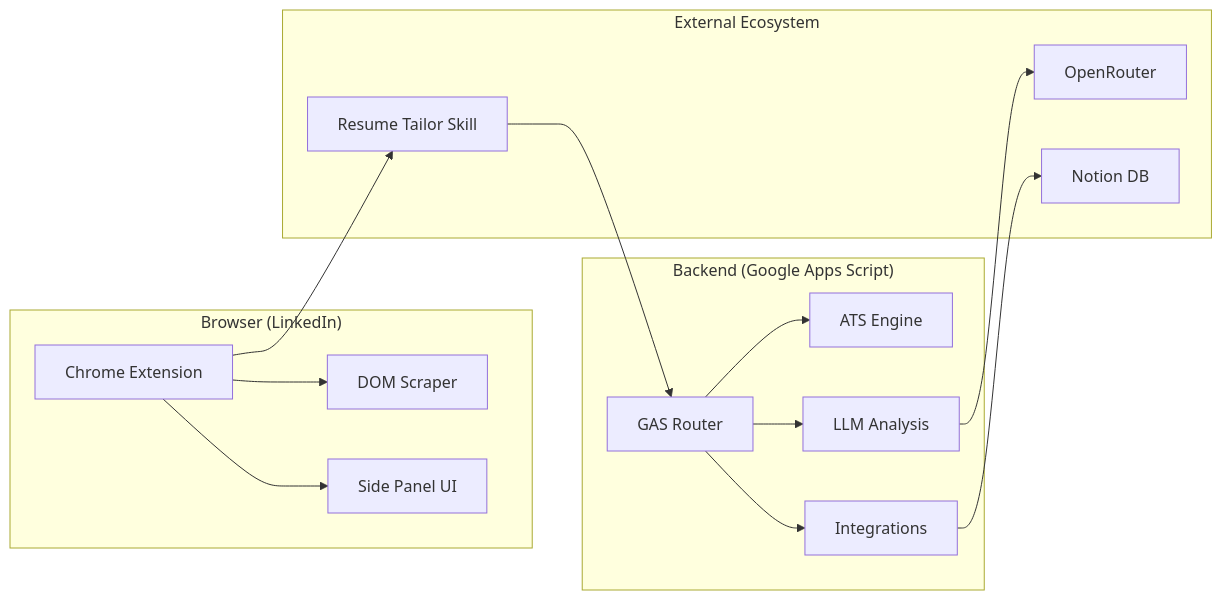
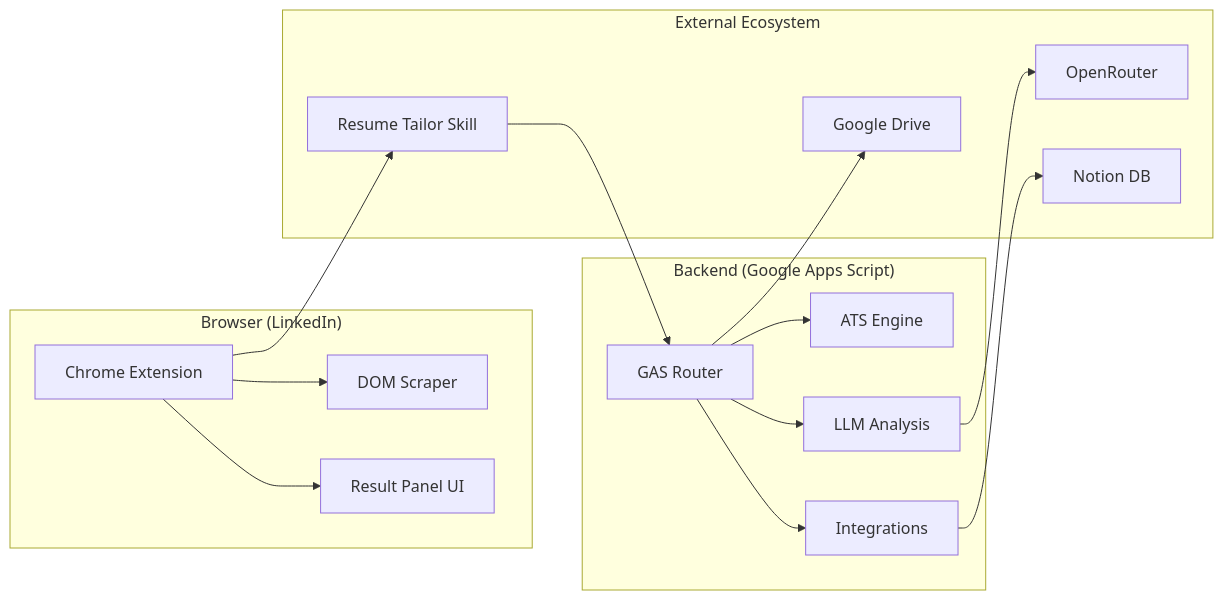
The diagram in README.md (akashnits/upside-down), drawn with Mermaid before and after one commit. The commit also changed other lines of this file and 1 other file, not shown here.

````diff
--- a/README.md
+++ b/README.md
@@ -21,28 +22,30 @@
 ```mermaid
 graph LR
     subgraph "Browser (LinkedIn)"
     EXT[Chrome Extension]
     EXT --> DOM[DOM Scraper]
-    EXT --> MOD[Side Panel UI]
+    EXT --> MOD[Result Panel UI]
     end
 
     subgraph "Backend (Google Apps Script)"
     GAS[GAS Router]
     ATS[ATS Engine]
     LLM[LLM Analysis]
     MODS[Integrations]
     GAS --> LLM
     GAS --> ATS
     GAS --> MODS
     end
 
     subgraph "External Ecosystem"
     OR[OpenRouter]
     NOT[Notion DB]
+    DRIVE[Google Drive]
     AGENT[Resume Tailor Skill]
     LLM --> OR
     MODS --> NOT
+    GAS --> DRIVE
     EXT --> AGENT
     AGENT --> GAS
     end
 ```
````
